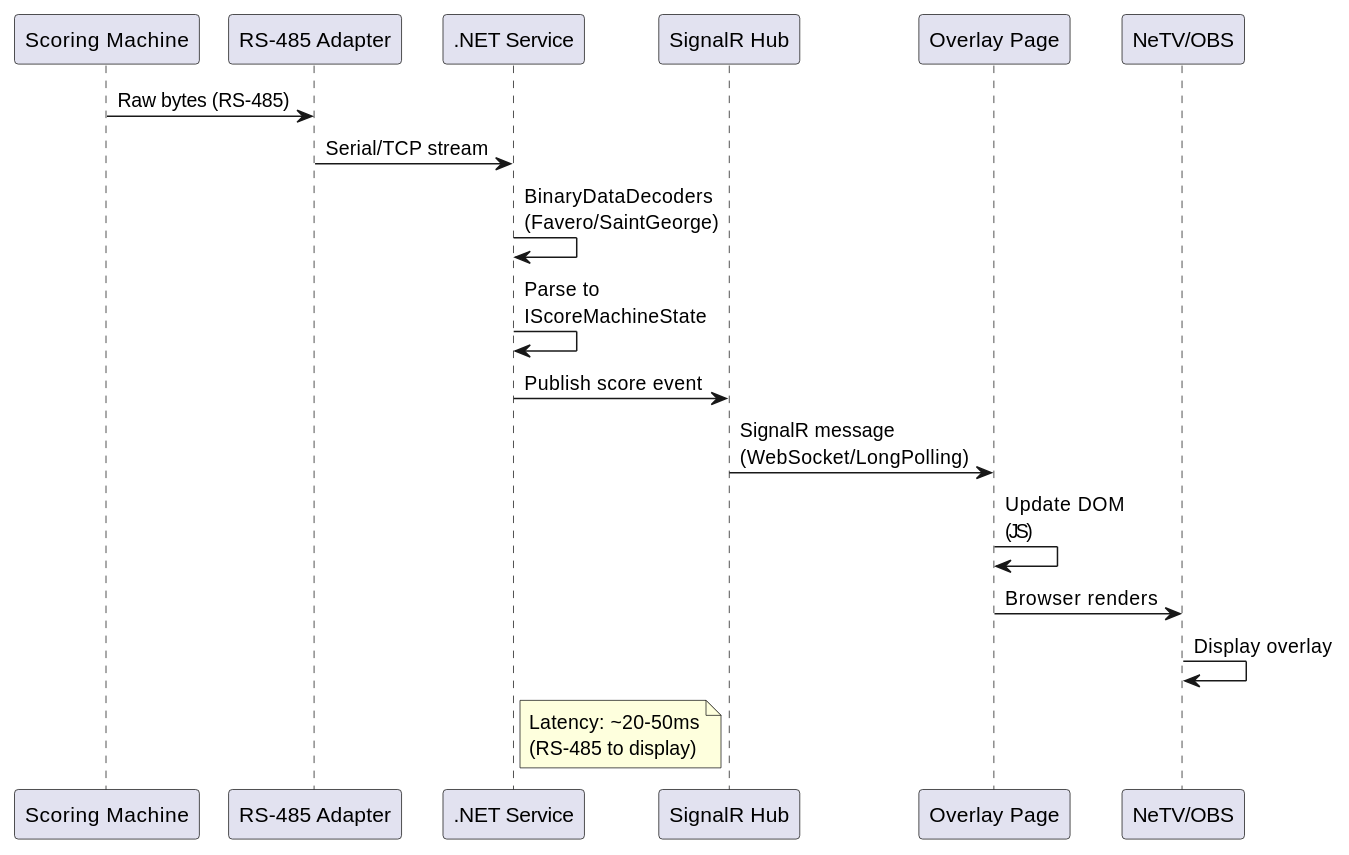
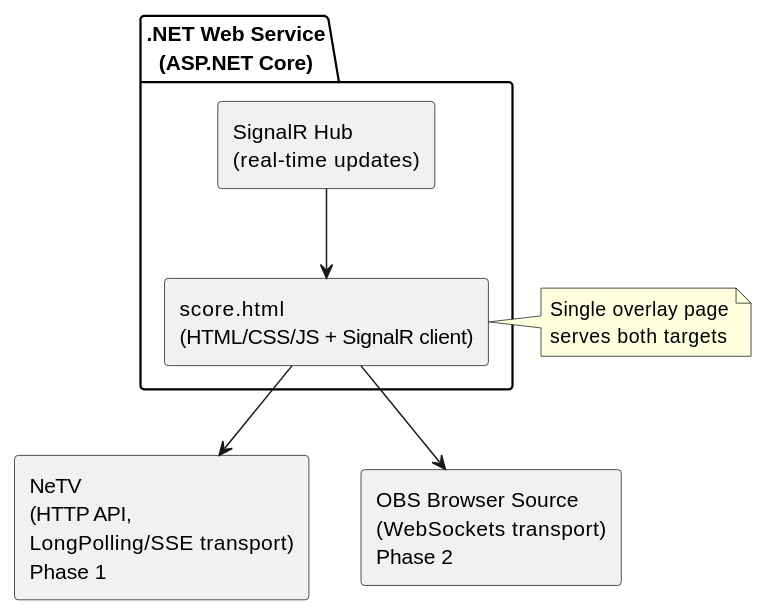
Before and after one commit to mwwhited-notes/shared: the first of 2 diagrams in projects/scoremachine/README.md, drawn with PlantUML. The commit also changed other lines of this file and 2 other files, not shown here.

````diff
--- a/projects/scoremachine/README.md
+++ b/projects/scoremachine/README.md
@@ -508,26 +188,24 @@
 ```plantuml
 @startuml
-participant "Scoring Machine" as SM
-participant "RS-485 Adapter" as RS485
-participant ".NET Service" as NET
-participant "SignalR Hub" as HUB
-participant "Overlay Page" as OVL
-participant "NeTV/OBS" as RENDER
+skinparam componentStyle rectangle
+skinparam backgroundColor white
 
-SM -> RS485: Raw bytes (RS-485)
-RS485 -> NET: Serial/TCP stream
-NET -> NET: BinaryDataDecoders\n(Favero/SaintGeorge)
-NET -> NET: Parse to\nIScoreMachineState
-NET -> HUB: Publish score event
-HUB -> OVL: SignalR message\n(WebSocket/LongPolling)
-OVL -> OVL: Update DOM\n(JS)
-OVL -> RENDER: Browser renders
-RENDER -> RENDER: Display overlay
+package ".NET Web Service\n(ASP.NET Core)" {
+  component "SignalR Hub\n(real-time updates)" as hub
+  component "score.html\n(HTML/CSS/JS + SignalR client)" as overlay
+}
 
-note right of NET
-  Latency: ~20-50ms
-  (RS-485 to display)
+component "NeTV\n(HTTP API,\nLongPolling/SSE transport)\nPhase 1" as netv
+component "OBS Browser Source\n(WebSockets transport)\nPhase 2" as obs
+
+hub --> overlay
+overlay --> netv
+overlay --> obs
+
+note right of overlay
+  Single overlay page
+  serves both targets
 end note
 
 @enduml
 ```
````
